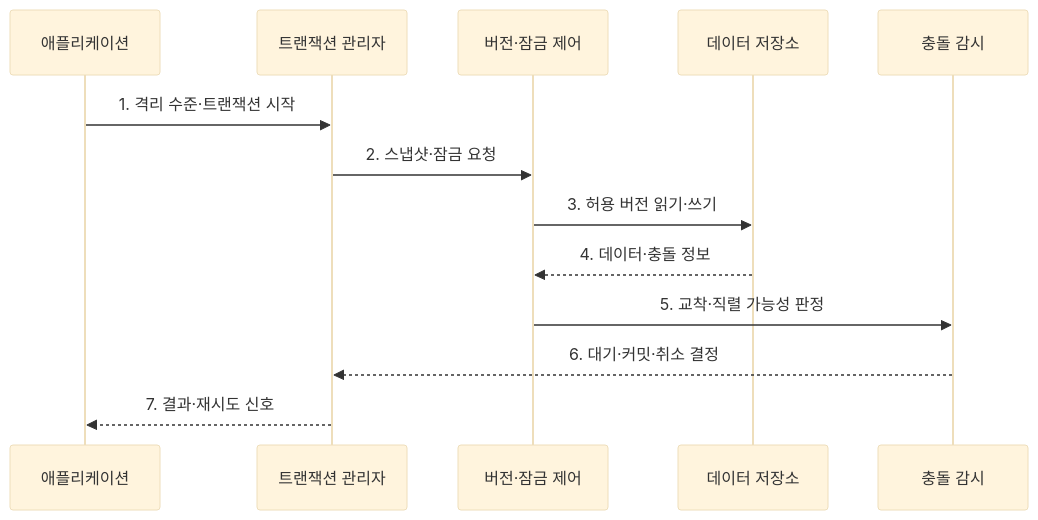
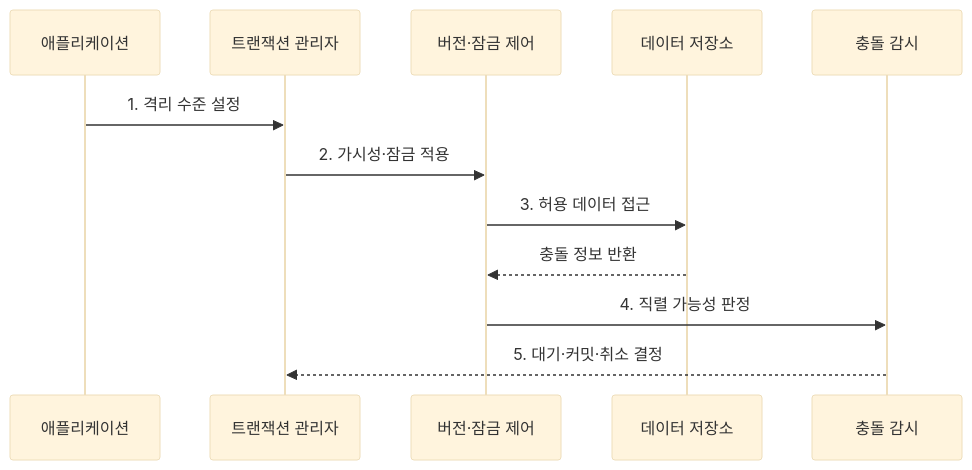
Before and after one commit to agnusdei1207/knowledge-base: the second of 2 diagrams in src/content/docs/notes/03-software/086_transaction_isolation_levels.md, drawn with Mermaid (base theme). The commit also changed other lines of this file and 238 other files, not shown here.

````diff
--- a/src/content/docs/notes/03-software/086_transaction_isolation_levels.md
+++ b/src/content/docs/notes/03-software/086_transaction_isolation_levels.md
@@ -81,15 +81,14 @@
 ```mermaid
 sequenceDiagram
     participant A as 애플리케이션
     participant T as 트랜잭션 관리자
     participant V as 버전·잠금 제어
     participant D as 데이터 저장소
     participant M as 충돌 감시
-    A->>T: 1. 격리 수준·트랜잭션 시작
-    T->>V: 2. 스냅샷·잠금 요청
-    V->>D: 3. 허용 버전 읽기·쓰기
-    D-->>V: 4. 데이터·충돌 정보
-    V->>M: 5. 교착·직렬 가능성 판정
-    M-->>T: 6. 대기·커밋·취소 결정
-    T-->>A: 7. 결과·재시도 신호
+    A->>T: 1. 격리 수준 설정
+    T->>V: 2. 가시성·잠금 적용
+    V->>D: 3. 허용 데이터 접근
+    D-->>V: 충돌 정보 반환
+    V->>M: 4. 직렬 가능성 판정
+    M-->>T: 5. 대기·커밋·취소 결정
 ```
````
